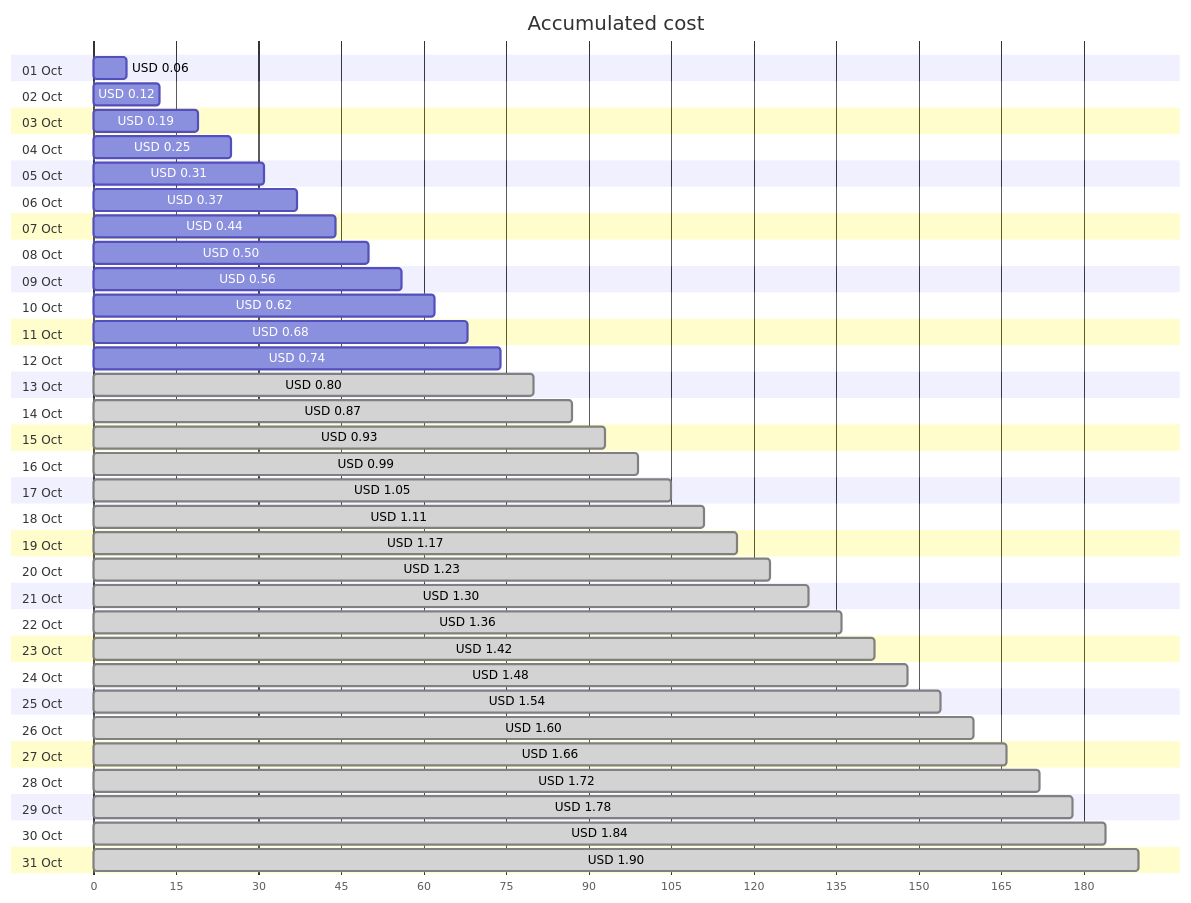
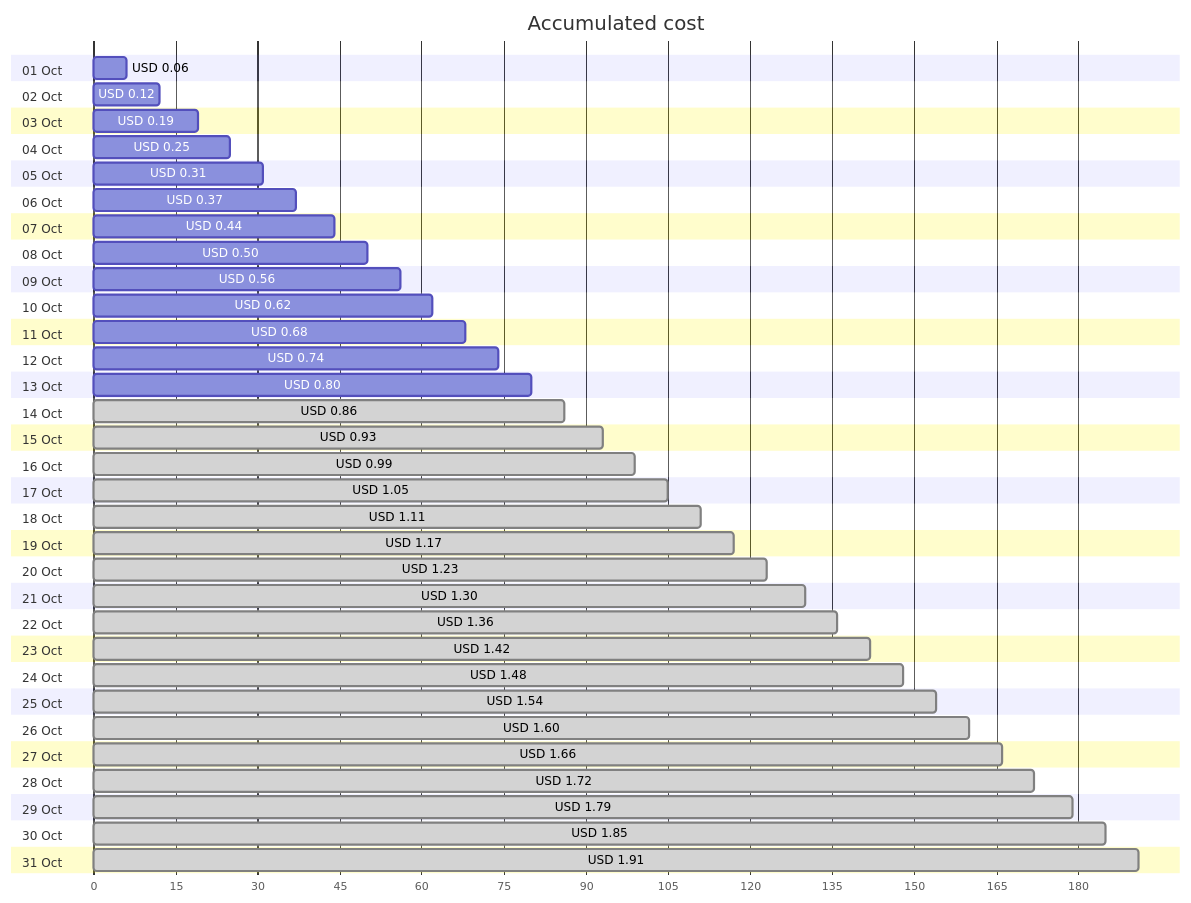
One commit to jpfulton/azure-personal-reports changed the first of 4 diagrams in cost-reports/personal-network/vpn-server_OsDisk.md. Above: the diagram before and after it, drawn with Mermaid. The commit also changed other lines of this file and 8 other files, not shown here.

````diff
--- a/cost-reports/personal-network/vpn-server_OsDisk.md
+++ b/cost-reports/personal-network/vpn-server_OsDisk.md
@@ -20,68 +20,68 @@
 ```mermaid
 gantt
    title Accumulated cost
    dateFormat  X
    axisFormat %s
    section 01 Oct
    USD 0.06 :0, 6
    section 02 Oct
    USD 0.12 :0, 12
    section 03 Oct
    USD 0.19 :0, 19
    section 04 Oct
    USD 0.25 :0, 25
    section 05 Oct
    USD 0.31 :0, 31
    section 06 Oct
    USD 0.37 :0, 37
    section 07 Oct
    USD 0.44 :0, 44
    section 08 Oct
    USD 0.50 :0, 50
    section 09 Oct
    USD 0.56 :0, 56
    section 10 Oct
    USD 0.62 :0, 62
    section 11 Oct
    USD 0.68 :0, 68
    section 12 Oct
    USD 0.74 :0, 74
    section 13 Oct
-   USD 0.80 : done, 0, 80
+   USD 0.80 :0, 80
    section 14 Oct
-   USD 0.87 : done, 0, 87
+   USD 0.86 : done, 0, 86
    section 15 Oct
    USD 0.93 : done, 0, 93
    section 16 Oct
    USD 0.99 : done, 0, 99
    section 17 Oct
    USD 1.05 : done, 0, 105
    section 18 Oct
    USD 1.11 : done, 0, 111
    section 19 Oct
    USD 1.17 : done, 0, 117
    section 20 Oct
    USD 1.23 : done, 0, 123
    section 21 Oct
    USD 1.30 : done, 0, 130
    section 22 Oct
    USD 1.36 : done, 0, 136
    section 23 Oct
    USD 1.42 : done, 0, 142
    section 24 Oct
    USD 1.48 : done, 0, 148
    section 25 Oct
    USD 1.54 : done, 0, 154
    section 26 Oct
    USD 1.60 : done, 0, 160
    section 27 Oct
    USD 1.66 : done, 0, 166
    section 28 Oct
    USD 1.72 : done, 0, 172
    section 29 Oct
-   USD 1.78 : done, 0, 178
+   USD 1.79 : done, 0, 179
    section 30 Oct
-   USD 1.84 : done, 0, 184
+   USD 1.85 : done, 0, 185
    section 31 Oct
-   USD 1.90 : done, 0, 190
+   USD 1.91 : done, 0, 191
 ```
````
